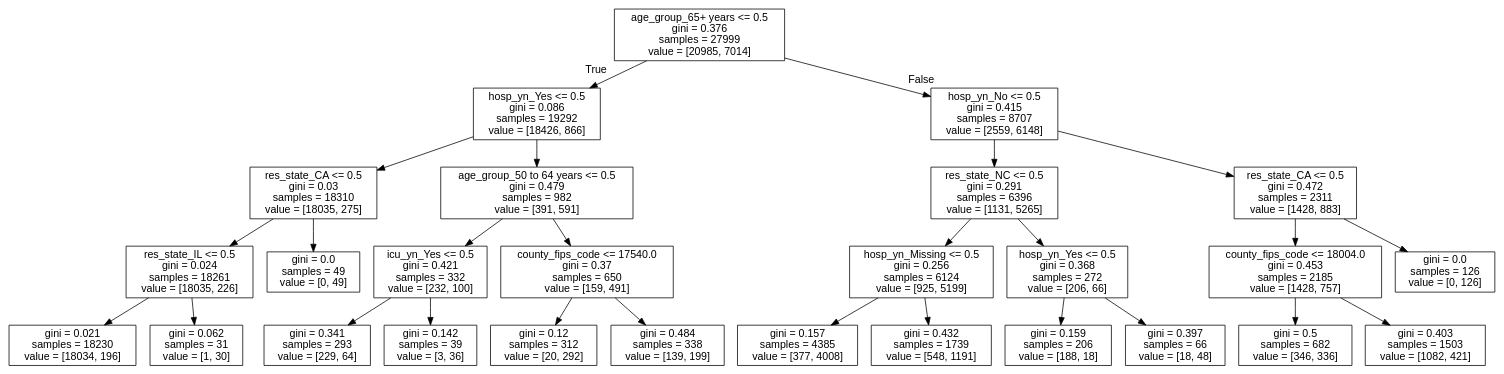
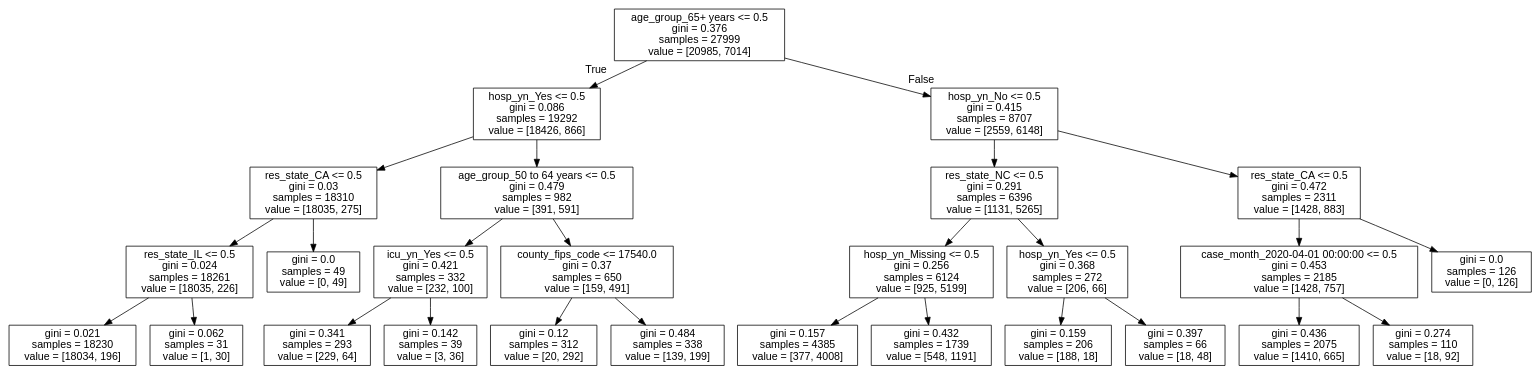
One commit to paul-od24/data_analytics_hw2 changed the diagram in DecisionTree4.dot. Above: the diagram before and after it, drawn with Graphviz. The commit also changed 2 other files, not shown here.

```diff
--- a/DecisionTree4.dot
+++ b/DecisionTree4.dot
@@ -1,57 +1,57 @@
 digraph Tree {
 node [shape=box, fontname="helvetica"] ;
 edge [fontname="helvetica"] ;
 0 [label="age_group_65+ years <= 0.5\ngini = 0.376\nsamples = 27999\nvalue = [20985, 7014]"] ;
 1 [label="hosp_yn_Yes <= 0.5\ngini = 0.086\nsamples = 19292\nvalue = [18426, 866]"] ;
 0 -> 1 [labeldistance=2.5, labelangle=45, headlabel="True"] ;
 2 [label="res_state_CA <= 0.5\ngini = 0.03\nsamples = 18310\nvalue = [18035, 275]"] ;
 1 -> 2 ;
 3 [label="res_state_IL <= 0.5\ngini = 0.024\nsamples = 18261\nvalue = [18035, 226]"] ;
 2 -> 3 ;
 4 [label="gini = 0.021\nsamples = 18230\nvalue = [18034, 196]"] ;
 3 -> 4 ;
 5 [label="gini = 0.062\nsamples = 31\nvalue = [1, 30]"] ;
 3 -> 5 ;
 6 [label="gini = 0.0\nsamples = 49\nvalue = [0, 49]"] ;
 2 -> 6 ;
 7 [label="age_group_50 to 64 years <= 0.5\ngini = 0.479\nsamples = 982\nvalue = [391, 591]"] ;
 1 -> 7 ;
 8 [label="icu_yn_Yes <= 0.5\ngini = 0.421\nsamples = 332\nvalue = [232, 100]"] ;
 7 -> 8 ;
 9 [label="gini = 0.341\nsamples = 293\nvalue = [229, 64]"] ;
 8 -> 9 ;
 10 [label="gini = 0.142\nsamples = 39\nvalue = [3, 36]"] ;
 8 -> 10 ;
 11 [label="county_fips_code <= 17540.0\ngini = 0.37\nsamples = 650\nvalue = [159, 491]"] ;
 7 -> 11 ;
 12 [label="gini = 0.12\nsamples = 312\nvalue = [20, 292]"] ;
 11 -> 12 ;
 13 [label="gini = 0.484\nsamples = 338\nvalue = [139, 199]"] ;
 11 -> 13 ;
 14 [label="hosp_yn_No <= 0.5\ngini = 0.415\nsamples = 8707\nvalue = [2559, 6148]"] ;
 0 -> 14 [labeldistance=2.5, labelangle=-45, headlabel="False"] ;
 15 [label="res_state_NC <= 0.5\ngini = 0.291\nsamples = 6396\nvalue = [1131, 5265]"] ;
 14 -> 15 ;
 16 [label="hosp_yn_Missing <= 0.5\ngini = 0.256\nsamples = 6124\nvalue = [925, 5199]"] ;
 15 -> 16 ;
 17 [label="gini = 0.157\nsamples = 4385\nvalue = [377, 4008]"] ;
 16 -> 17 ;
 18 [label="gini = 0.432\nsamples = 1739\nvalue = [548, 1191]"] ;
 16 -> 18 ;
 19 [label="hosp_yn_Yes <= 0.5\ngini = 0.368\nsamples = 272\nvalue = [206, 66]"] ;
 15 -> 19 ;
 20 [label="gini = 0.159\nsamples = 206\nvalue = [188, 18]"] ;
 19 -> 20 ;
 21 [label="gini = 0.397\nsamples = 66\nvalue = [18, 48]"] ;
 19 -> 21 ;
 22 [label="res_state_CA <= 0.5\ngini = 0.472\nsamples = 2311\nvalue = [1428, 883]"] ;
 14 -> 22 ;
-23 [label="county_fips_code <= 18004.0\ngini = 0.453\nsamples = 2185\nvalue = [1428, 757]"] ;
+23 [label="case_month_2020-04-01 00:00:00 <= 0.5\ngini = 0.453\nsamples = 2185\nvalue = [1428, 757]"] ;
 22 -> 23 ;
-24 [label="gini = 0.5\nsamples = 682\nvalue = [346, 336]"] ;
+24 [label="gini = 0.436\nsamples = 2075\nvalue = [1410, 665]"] ;
 23 -> 24 ;
-25 [label="gini = 0.403\nsamples = 1503\nvalue = [1082, 421]"] ;
+25 [label="gini = 0.274\nsamples = 110\nvalue = [18, 92]"] ;
 23 -> 25 ;
 26 [label="gini = 0.0\nsamples = 126\nvalue = [0, 126]"] ;
 22 -> 26 ;
 }
```
